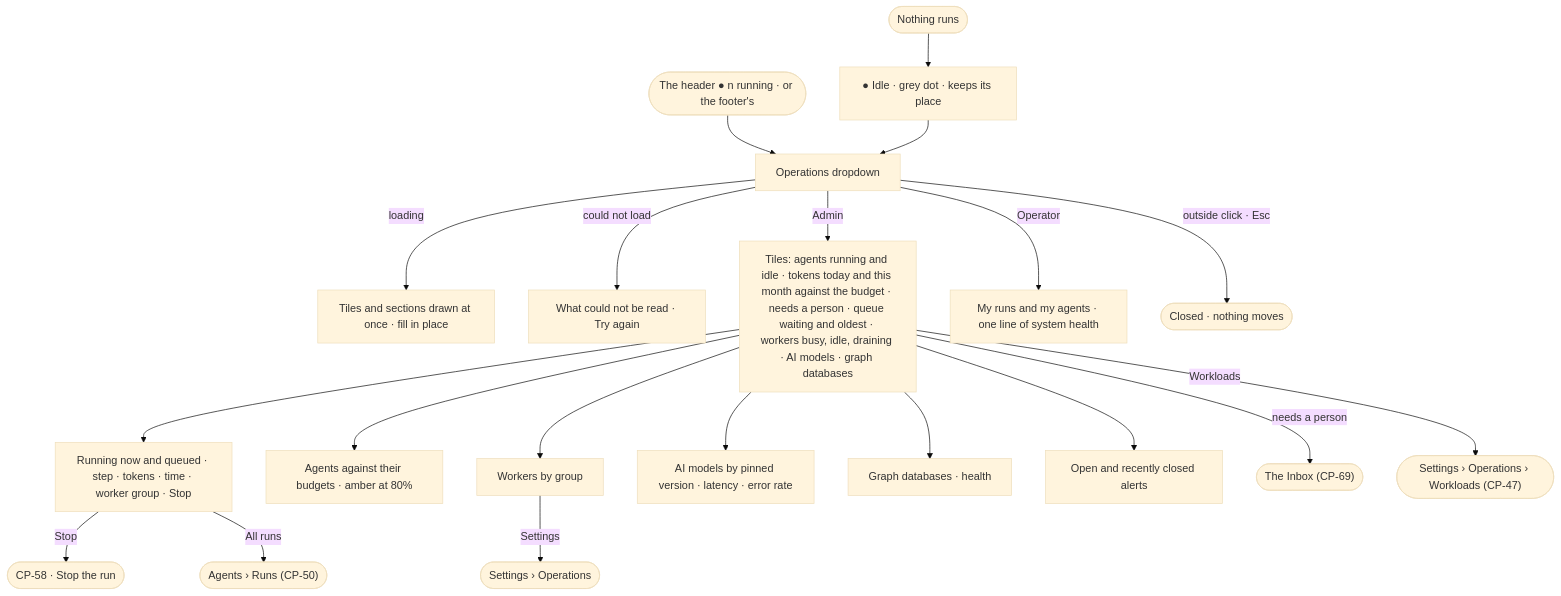
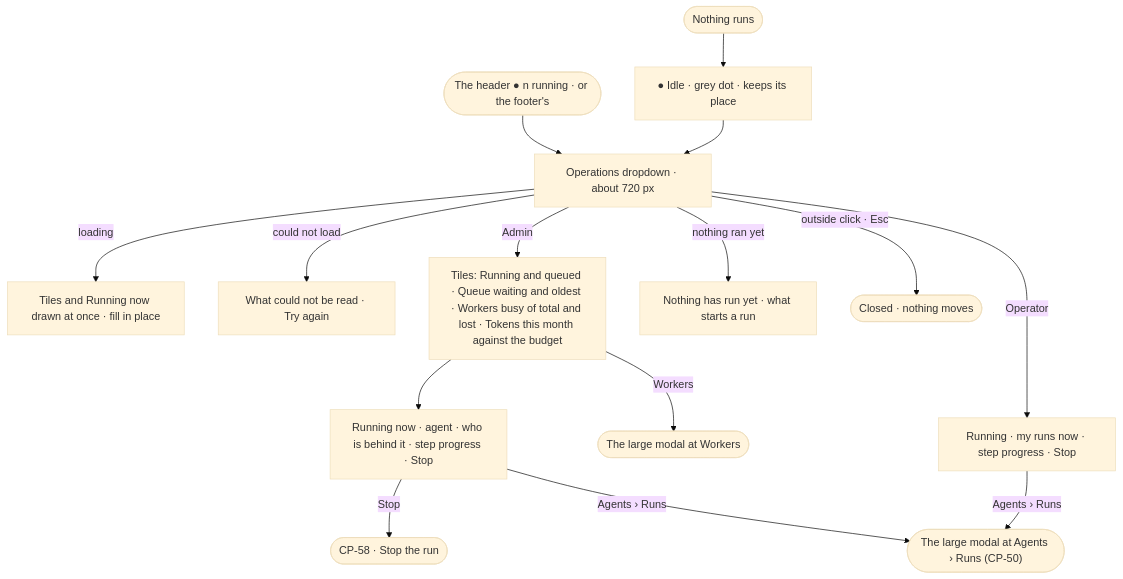
The diagram in specs/os/control/features/CP-F09-overview/stories/CP-70-see-what-the-deployment-is-doing-from-the-header/story.md (invana/invana), drawn with Mermaid (base theme) before and after one commit. The commit also changed other lines of this file and 133 other files, not shown here.

First line of the commit message:
docs(specs): flat labelled nav, one large modal, slim header dropdowns

````diff
--- a/specs/os/control/features/CP-F09-overview/stories/CP-70-see-what-the-deployment-is-doing-from-the-header/story.md
+++ b/specs/os/control/features/CP-F09-overview/stories/CP-70-see-what-the-deployment-is-doing-from-the-header/story.md
@@ -27,21 +26,16 @@
 ```mermaid
 flowchart TD
-  h([The header ● n running · or the footer's]) --> d["Operations dropdown"]
+  h([The header ● n running · or the footer's]) --> d["Operations dropdown · about 720 px"]
   f([Nothing runs]) --> idle["● Idle · grey dot · keeps its place"] --> d
-  d -->|loading| ld["Tiles and sections drawn at once · fill in place"]
+  d -->|loading| ld["Tiles and Running now drawn at once · fill in place"]
   d -->|could not load| fl["What could not be read · Try again"]
-  d -->|Admin| t["Tiles: agents running and idle · tokens today and this month against the budget · needs a person · queue waiting and oldest · workers busy, idle, draining · AI models · graph databases"]
-  t --> run["Running now and queued · step · tokens · time · worker group · Stop"]
+  d -->|Admin| t["Tiles: Running and queued · Queue waiting and oldest · Workers busy of total and lost · Tokens this month against the budget"]
+  t --> run["Running now · agent · who is behind it · step progress · Stop"]
   run -->|Stop| st(["CP-58 · Stop the run"])
-  t --> ag["Agents against their budgets · amber at 80%"]
-  t --> wk["Workers by group"]
-  t --> ai["AI models by pinned version · latency · error rate"]
-  t --> gd["Graph databases · health"]
-  t --> al["Open and recently closed alerts"]
-  t -->|needs a person| ib(["The Inbox (CP-69)"])
-  run -->|All runs| ar(["Agents › Runs (CP-50)"])
-  wk -->|Settings| so(["Settings › Operations"])
-  t -->|Workloads| wl(["Settings › Operations › Workloads (CP-47)"])
-  d -->|Operator| op["My runs and my agents · one line of system health"]
+  run -->|Agents › Runs| ar(["The large modal at Agents › Runs (CP-50)"])
+  t -->|Workers| so(["The large modal at Workers"])
+  d -->|Operator| op["Running · my runs now · step progress · Stop"]
+  op -->|Agents › Runs| ar
+  d -->|nothing ran yet| e["Nothing has run yet · what starts a run"]
   d -->|outside click · Esc| x(["Closed · nothing moves"])
 ```
````
